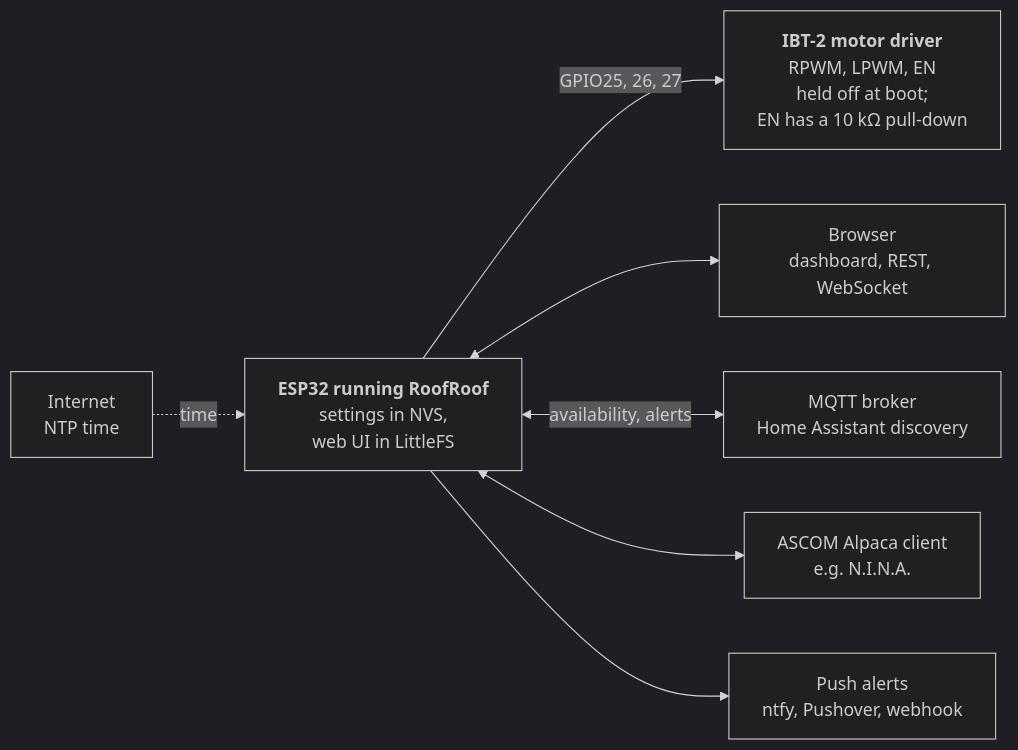
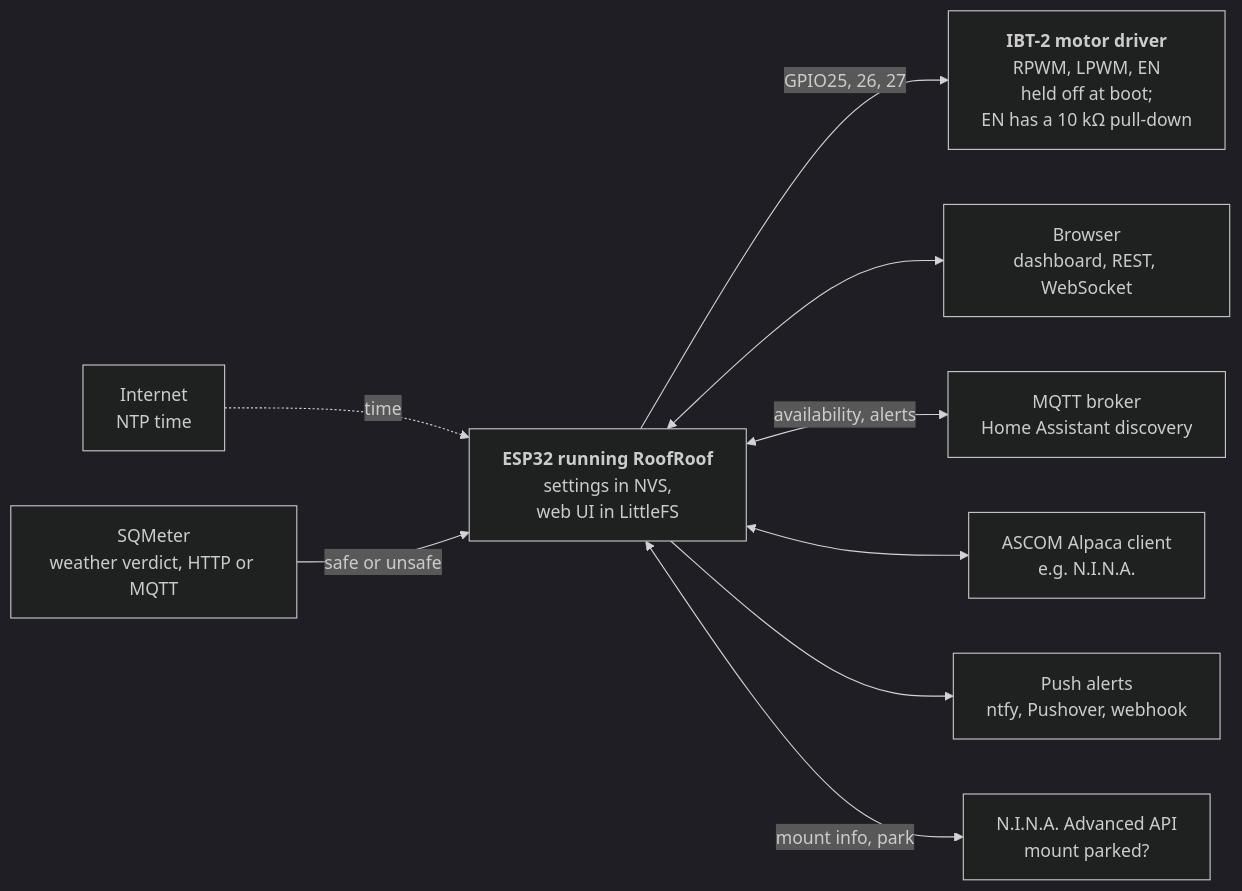
The diagram in docs/index.md (DeanJ87/RoofRoof), drawn with Mermaid (dark theme) before and after one commit. The commit also changed other lines of this file and 28 other files, not shown here.

Commit message:
004: SQMeter and N.I.N.A. pollers, MQTT safety topics, verdict logging; docs, diagrams, schemas

````diff
--- a/docs/index.md
+++ b/docs/index.md
@@ -29,18 +29,22 @@
 ```mermaid
 flowchart LR
     accTitle: What RoofRoof connects to
-    accDescr: The ESP32 holds the motor driver's pins low from boot, keeps its settings and web UI on the device, serves a dashboard and APIs to browsers, publishes to an MQTT broker, answers ASCOM Alpaca clients such as N.I.N.A., and sends alerts to push services. It gets time from the internet by NTP.
+    accDescr: The ESP32 holds the motor driver's pins low from boot, keeps its settings and web UI on the device, serves a dashboard and APIs to browsers, publishes to an MQTT broker, answers ASCOM Alpaca clients such as N.I.N.A., and sends alerts to push services. It reads the weather verdict from SQMeter and the mount's park state from N.I.N.A.'s Advanced API. It gets time from the internet by NTP.
     DRIVER["<b>IBT-2 motor driver</b><br/>RPWM, LPWM, EN<br/>held off at boot;<br/>EN has a 10 kΩ pull-down"]
     ESP["<b>ESP32 running RoofRoof</b><br/>settings in NVS,<br/>web UI in LittleFS"]
     WEB["Browser<br/>dashboard, REST, WebSocket"]
     MQTT["MQTT broker<br/>Home Assistant discovery"]
     ALPACA["ASCOM Alpaca client<br/>e.g. N.I.N.A."]
     PUSH["Push alerts<br/>ntfy, Pushover, webhook"]
     NET["Internet<br/>NTP time"]
+    SQM["SQMeter<br/>weather verdict, HTTP or MQTT"]
+    NAPI["N.I.N.A. Advanced API<br/>mount parked?"]
     ESP -->|"GPIO25, 26, 27"| DRIVER
     NET -.->|time| ESP
     ESP <--> WEB
     ESP <-->|availability, alerts| MQTT
     ESP <--> ALPACA
     ESP --> PUSH
+    SQM -->|safe or unsafe| ESP
+    ESP <-->|mount info, park| NAPI
 ```
````
